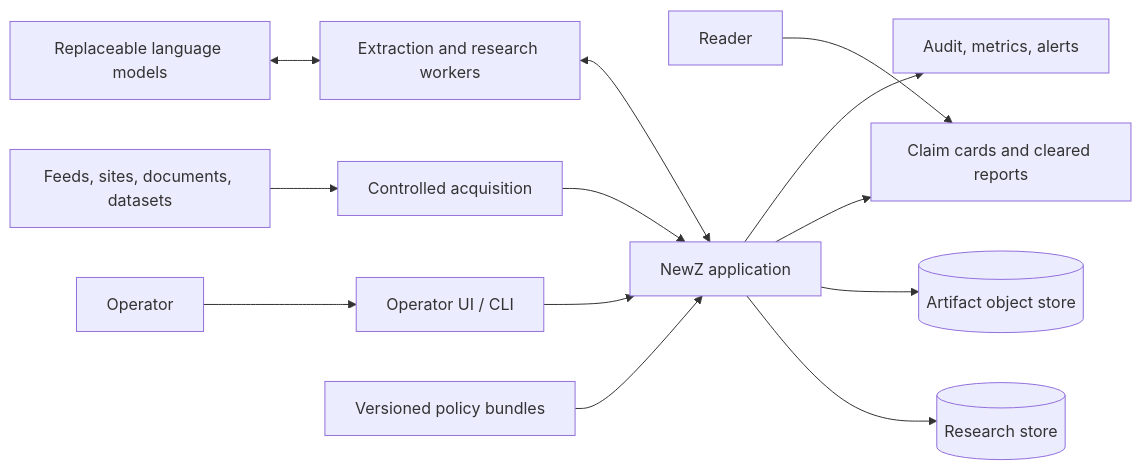
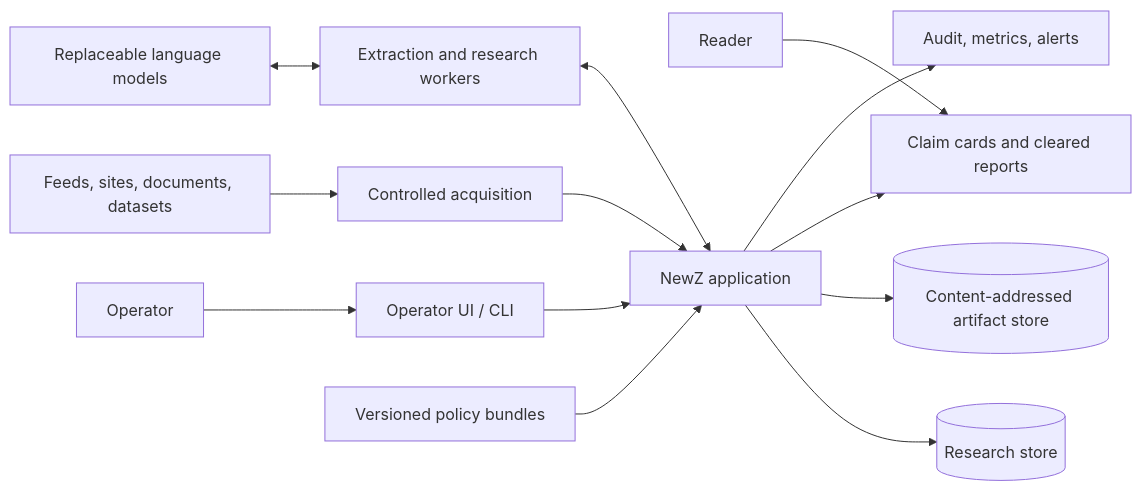
The first of 4 diagrams in ARCHITECTURE.md (deanpreese/NewZ), drawn with Mermaid before and after one commit. The commit also changed other lines of this file and 3 other files, not shown here.

````diff
--- a/ARCHITECTURE.md
+++ b/ARCHITECTURE.md
@@ -12,17 +13,17 @@
 ```mermaid
 flowchart LR
     OP[Operator] --> UI[Operator UI / CLI]
     READER[Reader] --> SURFACE[Claim cards and cleared reports]
     WEB[Feeds, sites, documents, datasets] --> FETCH[Controlled acquisition]
     MODEL[Replaceable language models] <--> WORKERS[Extraction and research workers]
 
     UI --> CORE[NewZ application]
     FETCH --> CORE
     WORKERS <--> CORE
     CORE --> STORE[(Research store)]
-    CORE --> OBJECTS[(Artifact object store)]
+    CORE --> OBJECTS[(Content-addressed artifact store)]
     CORE --> SURFACE
 
     POLICY[Versioned policy bundles] --> CORE
     CORE --> AUDIT[Audit, metrics, alerts]
 ```
````
